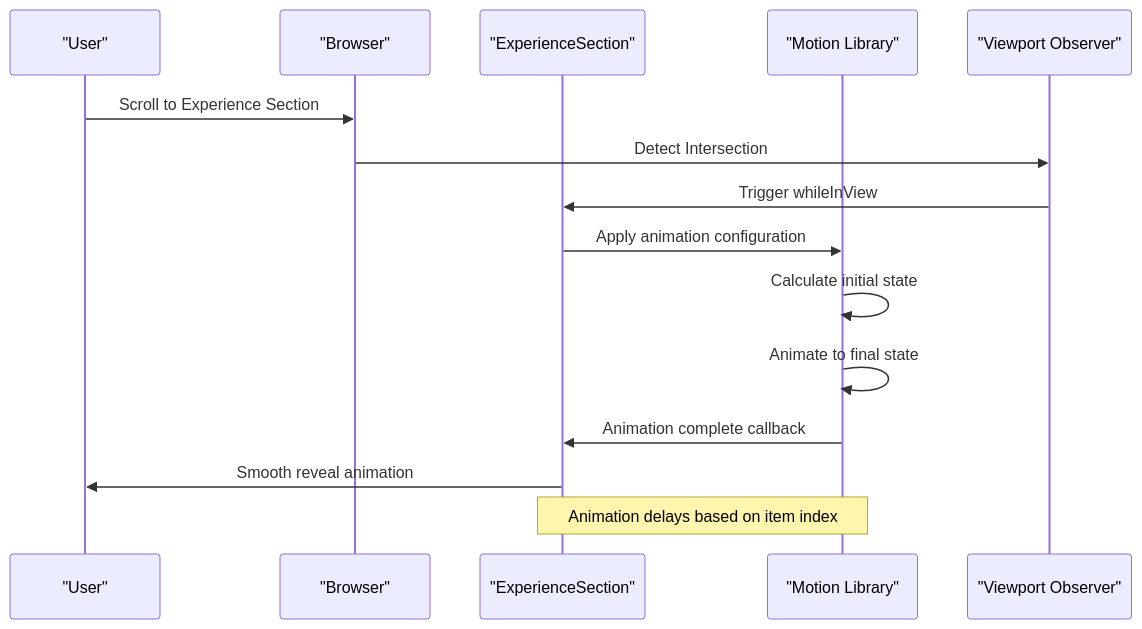
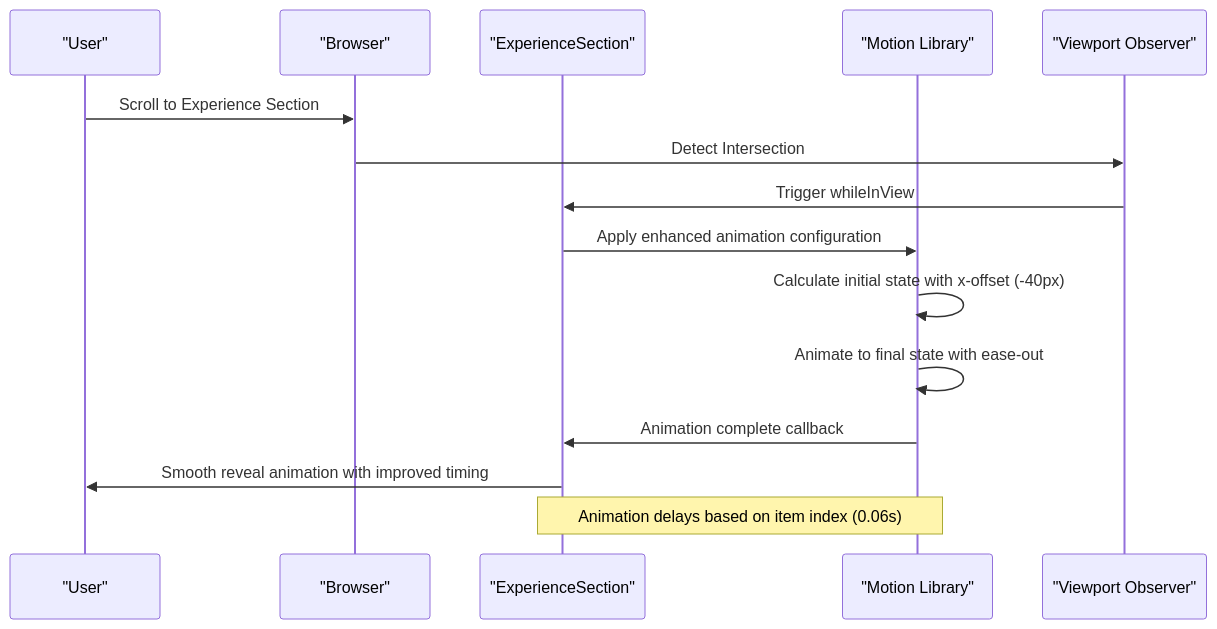
One commit to subash7781/Portfolio changed the fourth of 6 diagrams in .qoder/repowiki/en/content/Component Library & UI Elements/ExperienceSection Component.md. Above: the diagram before and after it, drawn with Mermaid. The commit also changed other lines of this file and 9 other files, not shown here.

````diff
--- a/.qoder/repowiki/en/content/Component Library & UI Elements/ExperienceSection Component.md
+++ b/.qoder/repowiki/en/content/Component Library & UI Elements/ExperienceSection Component.md
@@ -175,17 +174,17 @@
 ```mermaid
 sequenceDiagram
 participant User as "User"
 participant Browser as "Browser"
 participant Component as "ExperienceSection"
 participant Motion as "Motion Library"
 participant Viewport as "Viewport Observer"
 User->>Browser : Scroll to Experience Section
 Browser->>Viewport : Detect Intersection
 Viewport->>Component : Trigger whileInView
-Component->>Motion : Apply animation configuration
-Motion->>Motion : Calculate initial state
-Motion->>Motion : Animate to final state
+Component->>Motion : Apply enhanced animation configuration
+Motion->>Motion : Calculate initial state with x-offset (-40px)
+Motion->>Motion : Animate to final state with ease-out
 Motion->>Component : Animation complete callback
-Component->>User : Smooth reveal animation
-Note over Component,Motion : Animation delays based on item index
+Component->>User : Smooth reveal animation with improved timing
+Note over Component,Motion : Animation delays based on item index (0.06s)
 ```
````
